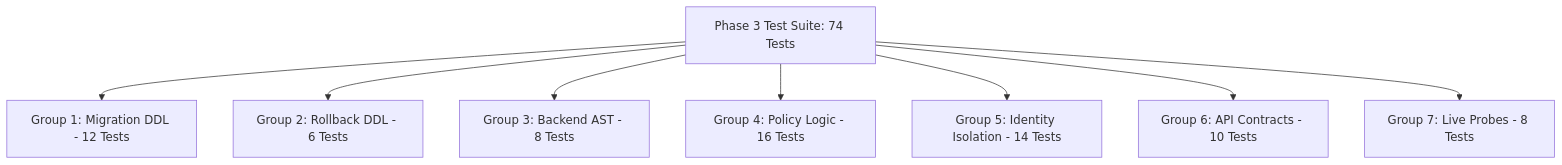
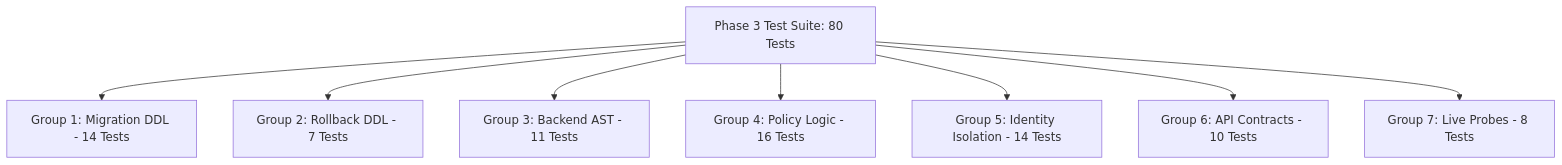
The second of 2 diagrams in PHASE_3_SECURITY_REMEDIATION_REPORT.md (vamsiyarru-iiitdmj/PeerLearn), drawn with Mermaid before and after one commit. The commit also changed other lines of this file and 31 other files, not shown here.

````diff
--- a/PHASE_3_SECURITY_REMEDIATION_REPORT.md
+++ b/PHASE_3_SECURITY_REMEDIATION_REPORT.md
@@ -233,10 +237,10 @@
 ```mermaid
 graph TD
-    A[Phase 3 Test Suite: 74 Tests] --> B[Group 1: Migration DDL - 12 Tests]
-    A --> C[Group 2: Rollback DDL - 6 Tests]
-    A --> D[Group 3: Backend AST - 8 Tests]
+    A[Phase 3 Test Suite: 80 Tests] --> B[Group 1: Migration DDL - 14 Tests]
+    A --> C[Group 2: Rollback DDL - 7 Tests]
+    A --> D[Group 3: Backend AST - 11 Tests]
     A --> E[Group 4: Policy Logic - 16 Tests]
     A --> F[Group 5: Identity Isolation - 14 Tests]
     A --> G[Group 6: API Contracts - 10 Tests]
     A --> H[Group 7: Live Probes - 8 Tests]
 ```
````
